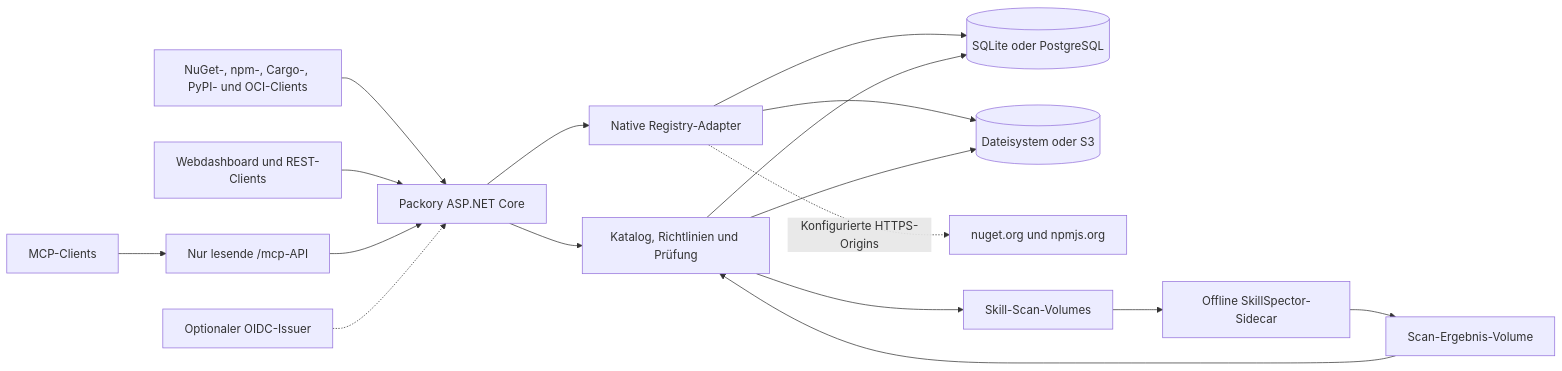
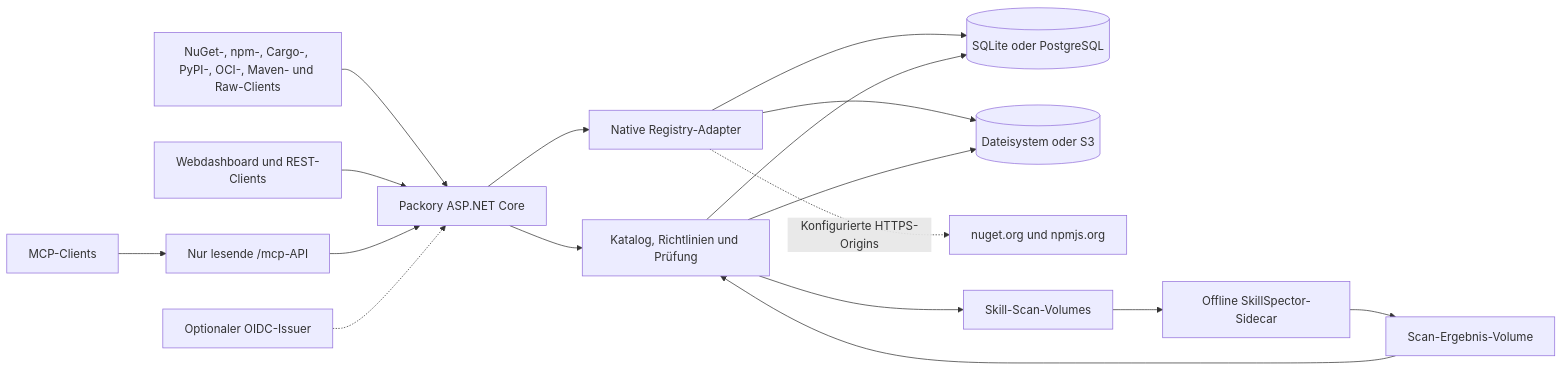
The diagram in README.de.md (Cenn0/Packory), drawn with Mermaid before and after one commit. The commit also changed other lines of this file and 11 other files, not shown here.

````diff
--- a/README.de.md
+++ b/README.de.md
@@ -79,19 +84,19 @@
 ```mermaid
 flowchart LR
-  C["NuGet-, npm-, Cargo-, PyPI- und OCI-Clients"] --> App["Packory ASP.NET Core"]
+  C["NuGet-, npm-, Cargo-, PyPI-, OCI-, Maven- und Raw-Clients"] --> App["Packory ASP.NET Core"]
   Web["Webdashboard und REST-Clients"] --> App
   MCP["MCP-Clients"] --> Read["Nur lesende /mcp-API"]
   Read --> App
   OIDC["Optionaler OIDC-Issuer"] -.-> App
   App --> Adapter["Native Registry-Adapter"]
   App --> Catalog["Katalog, Richtlinien und Prüfung"]
   Adapter --> DB[("SQLite oder PostgreSQL")]
   Catalog --> DB
   Adapter --> Blob[("Dateisystem oder S3")]
   Catalog --> Blob
   Adapter -. "Konfigurierte HTTPS-Origins" .-> U["nuget.org und npmjs.org"]
   Catalog --> Queue["Skill-Scan-Volumes"]
   Queue --> Scan["Offline SkillSpector-Sidecar"]
   Scan --> Out["Scan-Ergebnis-Volume"]
   Out --> Catalog
 ```
````
